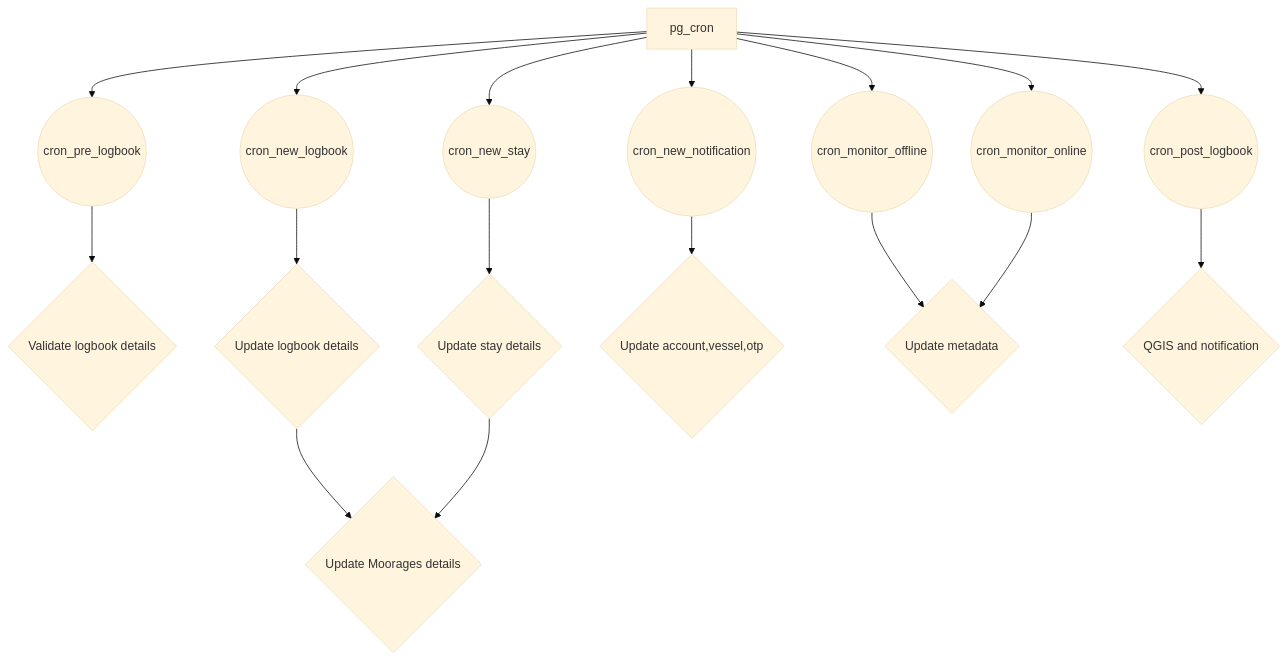
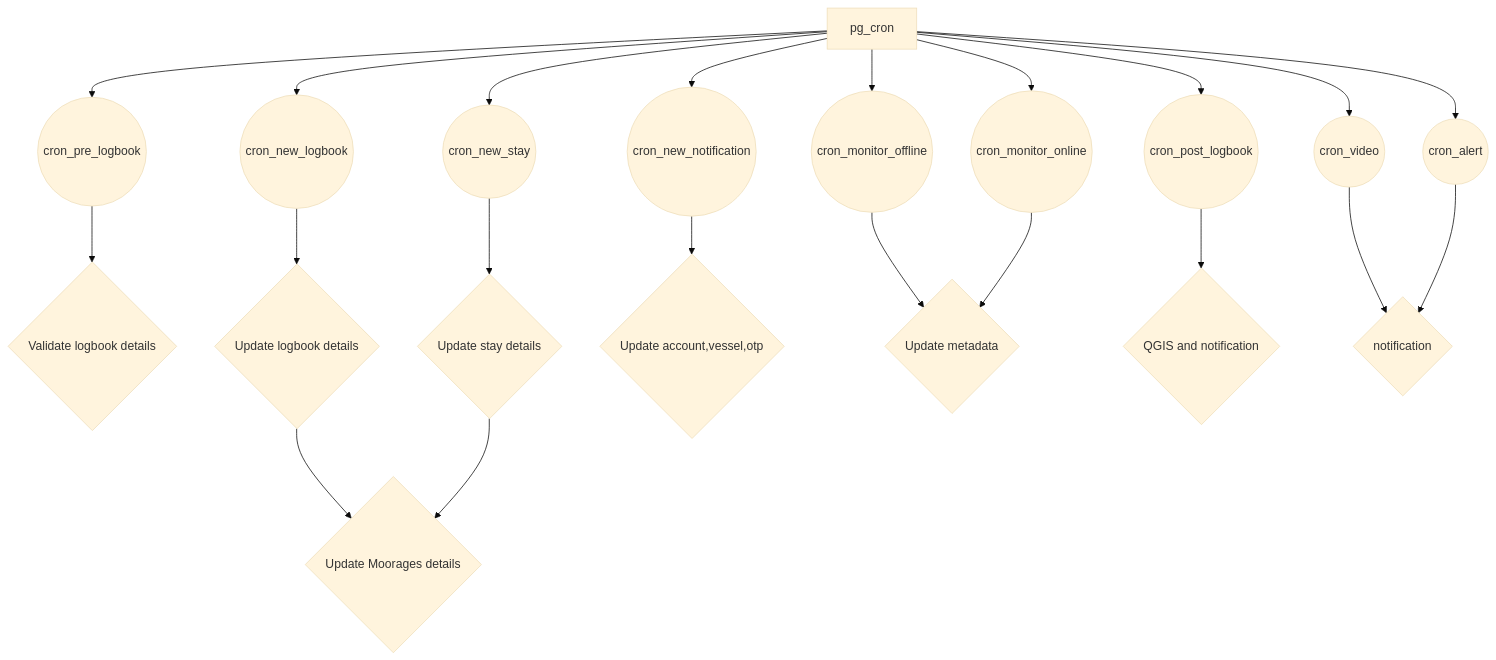
The second of 2 diagrams in docs/ERD/README.md (xbgmsharp/postgsail), drawn with Mermaid (base theme) before and after one commit.

````diff
--- a/docs/ERD/README.md
+++ b/docs/ERD/README.md
@@ -59,19 +59,23 @@
 ```mermaid
 flowchart TD
     A[pg_cron] --> B((cron_new_notification))
     A --> C((cron_pre_logbook))
     A --> D((cron_new_logbook))
     A --> E((cron_new_stay))
     A --> F((cron_monitor_offline))
     A --> G((cron_monitor_online))
     C --> K{Validate logbook details}
     D --> L{Update logbook details}
     E --> M{Update stay details}
     L --> N{Update Moorages details}
     M --> N{Update Moorages details}
     B --> O{Update account,vessel,otp}
     F --> P{Update metadata}
     G --> P
     A --> Q((cron_post_logbook))
     Q --> R{QGIS and notification}
+    A --> S((cron_video))
+    A --> U((cron_alert))
+    S --> T{notification}
+    U --> T{notification}
 ```
````
